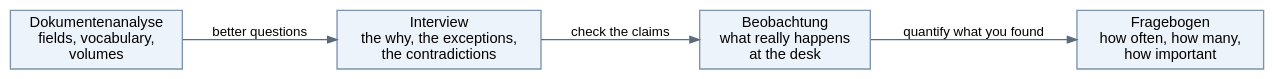
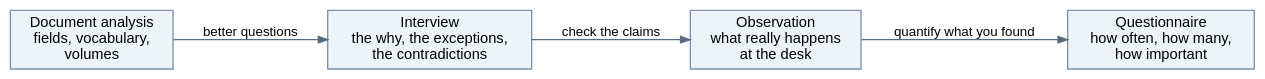
Before and after one commit to htl-leonding-college/curriculum-syp3: the diagram in modules/governance-requirements-elicitation/questions.adoc, drawn with Graphviz. The commit also changed other lines of this file and 28 other files, not shown here.

```diff
--- a/modules/governance-requirements-elicitation/questions.adoc
+++ b/modules/governance-requirements-elicitation/questions.adoc
@@ -180,19 +180,19 @@
 [graphviz,q-elicitation-order,svg]
 ----
 digraph order {
   rankdir=LR;
   bgcolor="transparent";
   node [shape=box, style=filled, fillcolor="#EDF3FA", color="#7C93AD",
         fontname="Helvetica", fontsize=11];
   edge [color="#5A6B7D", arrowsize=0.7, fontname="Helvetica", fontsize=10];
 
-  D [label="Dokumentenanalyse\nfields, vocabulary,\nvolumes"];
+  D [label="Document analysis\nfields, vocabulary,\nvolumes"];
   I [label="Interview\nthe why, the exceptions,\nthe contradictions"];
-  B [label="Beobachtung\nwhat really happens\nat the desk"];
-  F [label="Fragebogen\nhow often, how many,\nhow important"];
+  B [label="Observation\nwhat really happens\nat the desk"];
+  F [label="Questionnaire\nhow often, how many,\nhow important"];
 
   D -> I [label="better questions"];
   I -> B [label="check the claims"];
   B -> F [label="quantify what you found"];
 }
 ----
```
